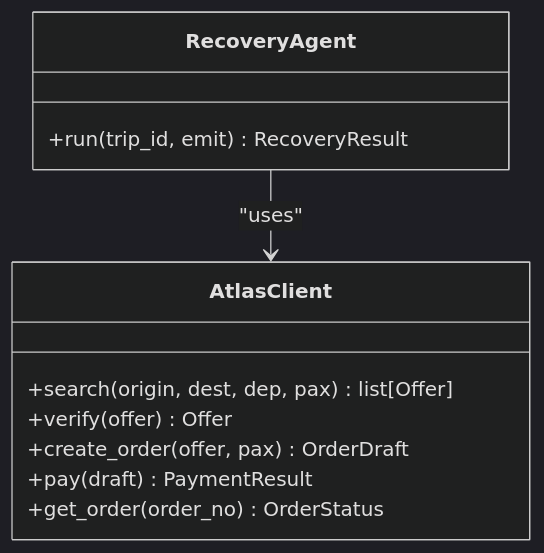
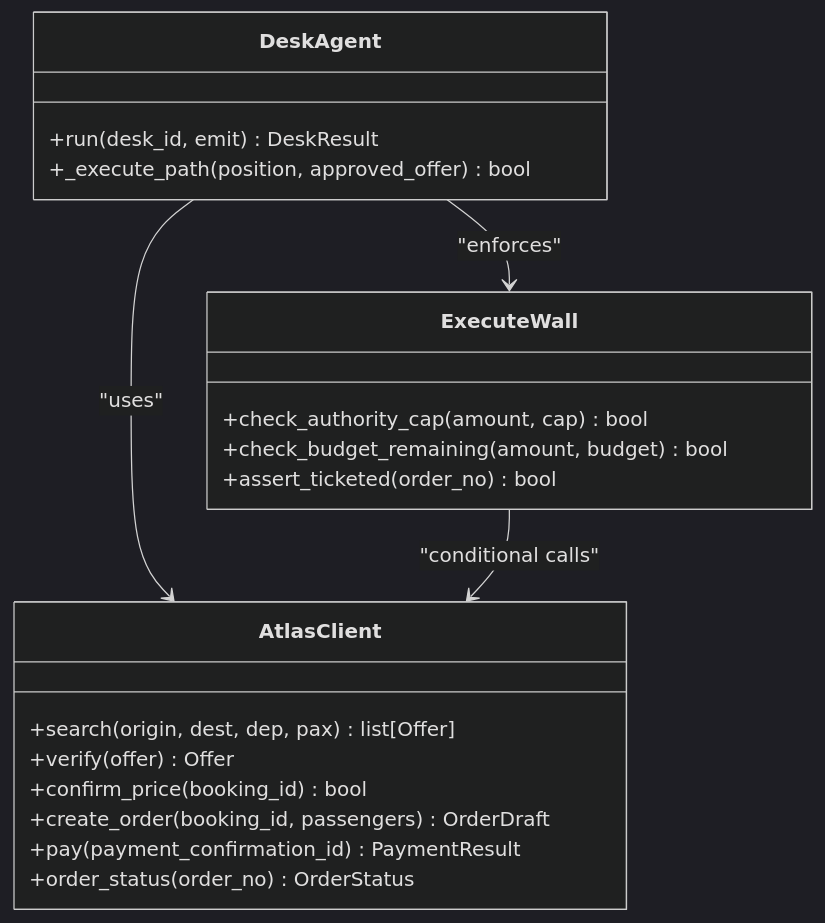
Before and after one commit to jaydonnnk/waypoint: the sixth of 7 diagrams in .qoder/repowiki/en/content/Project Overview/Project Overview.md, drawn with Mermaid (dark theme). The commit also changed other lines of this file and 9 other files, not shown here.

````diff
--- a/.qoder/repowiki/en/content/Project Overview/Project Overview.md
+++ b/.qoder/repowiki/en/content/Project Overview/Project Overview.md
@@ -244,14 +290,23 @@
 ```mermaid
 classDiagram
 class AtlasClient {
 +search(origin, dest, dep, pax) list[Offer]
 +verify(offer) Offer
-+create_order(offer, pax) OrderDraft
-+pay(draft) PaymentResult
-+get_order(order_no) OrderStatus
++confirm_price(booking_id) bool
++create_order(booking_id, passengers) OrderDraft
++pay(payment_confirmation_id) PaymentResult
++order_status(order_no) OrderStatus
 }
-class RecoveryAgent {
-+run(trip_id, emit) RecoveryResult
+class DeskAgent {
++run(desk_id, emit) DeskResult
++_execute_path(position, approved_offer) bool
 }
-RecoveryAgent --> AtlasClient : "uses"
+class ExecuteWall {
++check_authority_cap(amount, cap) bool
++check_budget_remaining(amount, budget) bool
++assert_ticketed(order_no) bool
+}
+DeskAgent --> AtlasClient : "uses"
+DeskAgent --> ExecuteWall : "enforces"
+ExecuteWall --> AtlasClient : "conditional calls"
 ```
````
